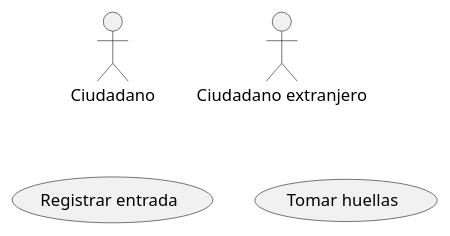
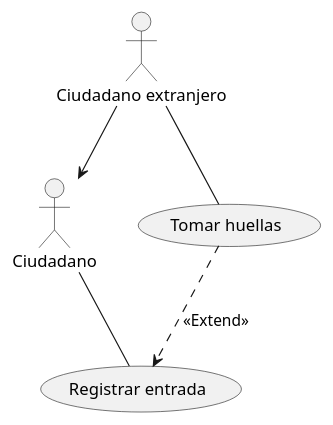
Before and after one commit to moevius237/PracticaUML1: the diagram in src/Practica4.puml, drawn with PlantUML.

Commit message:
Decimo Commit hacemos las relaciones del archivo que acabo de añadir

```diff
--- a/src/Practica4.puml
+++ b/src/Practica4.puml
@@ -1,6 +1,10 @@
 @startuml
 :Ciudadano:
 :Ciudadano extranjero:
 usecase (Registrar entrada)
 usecase (Tomar huellas)
+:Ciudadano extranjero: --> :Ciudadano:
+:Ciudadano: -- (Registrar entrada)
+:Ciudadano extranjero: -- (Tomar huellas)
+(Tomar huellas) ..> (Registrar entrada):<<Extend>>
 @enduml
```
